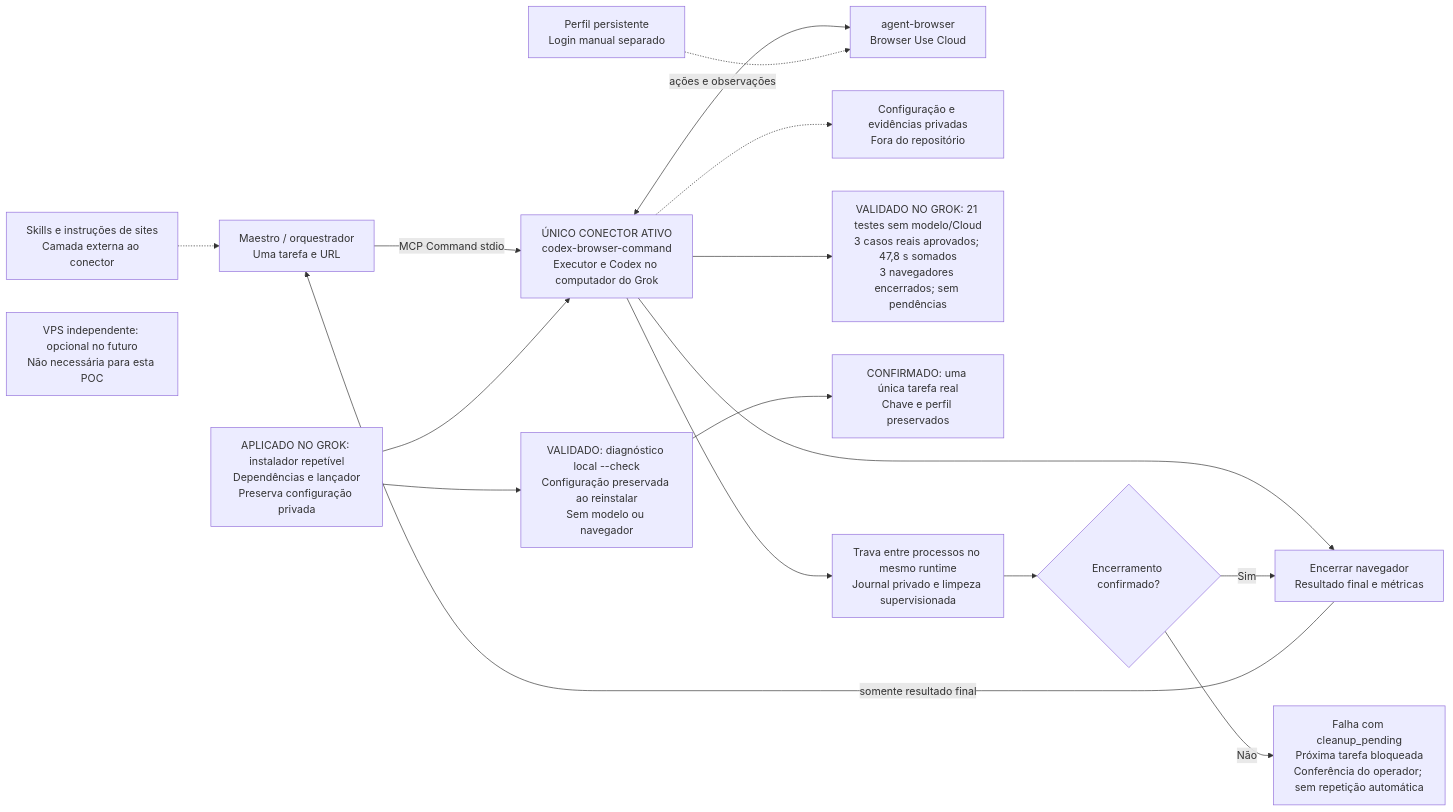
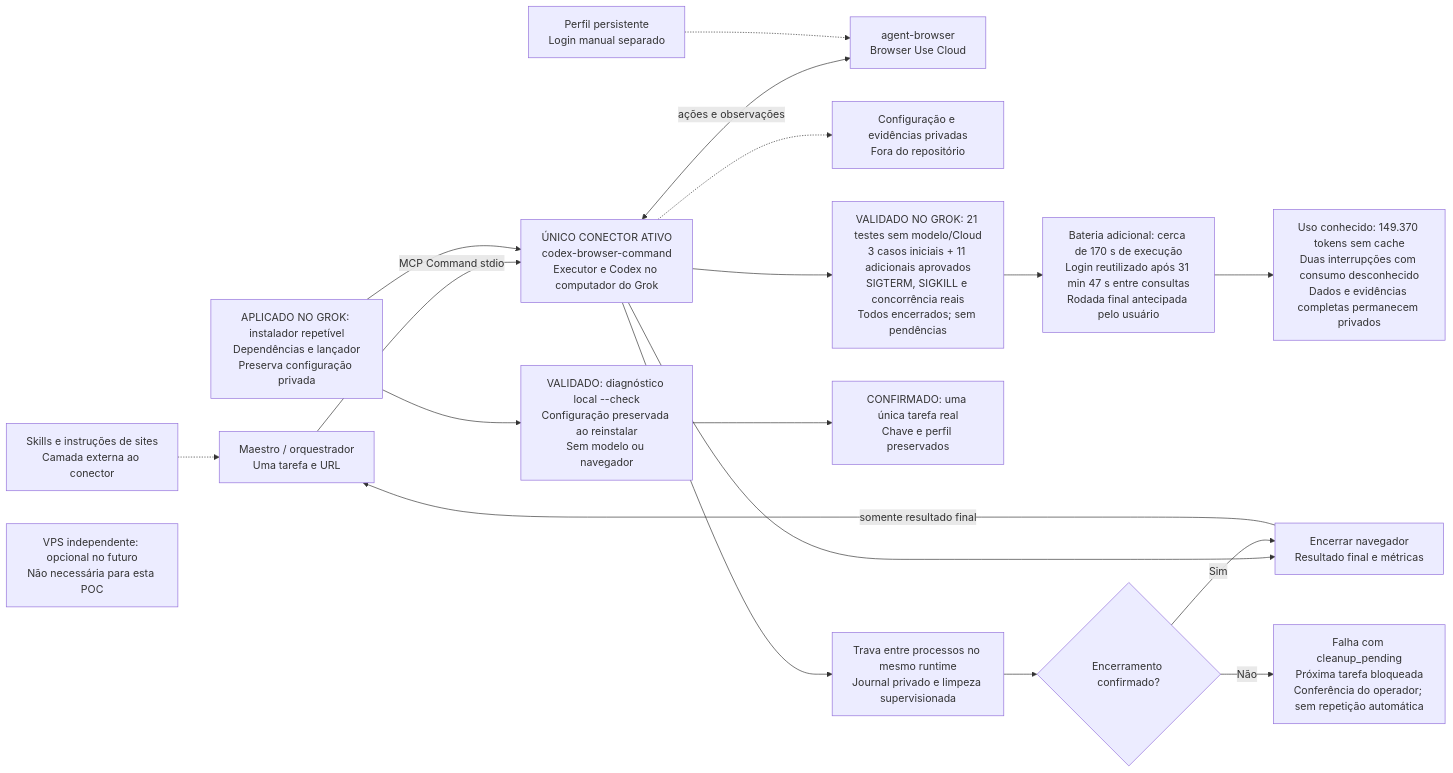
Before and after one commit to holive/codex-browser-bridge: the diagram in docs/architecture.mmd, drawn with Mermaid. The commit also changed 1 other file, not shown here.

```diff
--- a/docs/architecture.mmd
+++ b/docs/architecture.mmd
@@ -1,17 +1,19 @@
 flowchart LR
     K["Skills e instruções de sites<br/>Camada externa ao conector"] -.-> O["Maestro / orquestrador<br/>Uma tarefa e URL"]
     O -->|MCP Command stdio| G["ÚNICO CONECTOR ATIVO<br/>codex-browser-command<br/>Executor e Codex no computador do Grok"]
     G <-->|ações e observações| B["agent-browser<br/>Browser Use Cloud"]
     P["Perfil persistente<br/>Login manual separado"] -.-> B
     G --> C["Encerrar navegador<br/>Resultado final e métricas"]
     C -->|somente resultado final| O
     G -.-> L["Configuração e evidências privadas<br/>Fora do repositório"]
-    G --> R["VALIDADO NO GROK: 21 testes sem modelo/Cloud<br/>3 casos reais aprovados; 47,8 s somados<br/>3 navegadores encerrados; sem pendências"]
+    G --> R["VALIDADO NO GROK: 21 testes sem modelo/Cloud<br/>3 casos iniciais + 11 adicionais aprovados<br/>SIGTERM, SIGKILL e concorrência reais<br/>Todos encerrados; sem pendências"]
     V["VPS independente: opcional no futuro<br/>Não necessária para esta POC"]
     S["APLICADO NO GROK: instalador repetível<br/>Dependências e lançador<br/>Preserva configuração privada"] --> G
     S --> D["VALIDADO: diagnóstico local --check<br/>Configuração preservada ao reinstalar<br/>Sem modelo ou navegador"]
     D --> F["CONFIRMADO: uma única tarefa real<br/>Chave e perfil preservados"]
     G --> H["Trava entre processos no mesmo runtime<br/>Journal privado e limpeza supervisionada"]
     H --> U{"Encerramento confirmado?"}
     U -->|Sim| C
     U -->|Não| X["Falha com cleanup_pending<br/>Próxima tarefa bloqueada<br/>Conferência do operador; sem repetição automática"]
+    R --> I["Bateria adicional: cerca de 170 s de execução<br/>Login reutilizado após 31 min 47 s entre consultas<br/>Rodada final antecipada pelo usuário"]
+    I --> T["Uso conhecido: 149.370 tokens sem cache<br/>Duas interrupções com consumo desconhecido<br/>Dados e evidências completas permanecem privados"]
```
